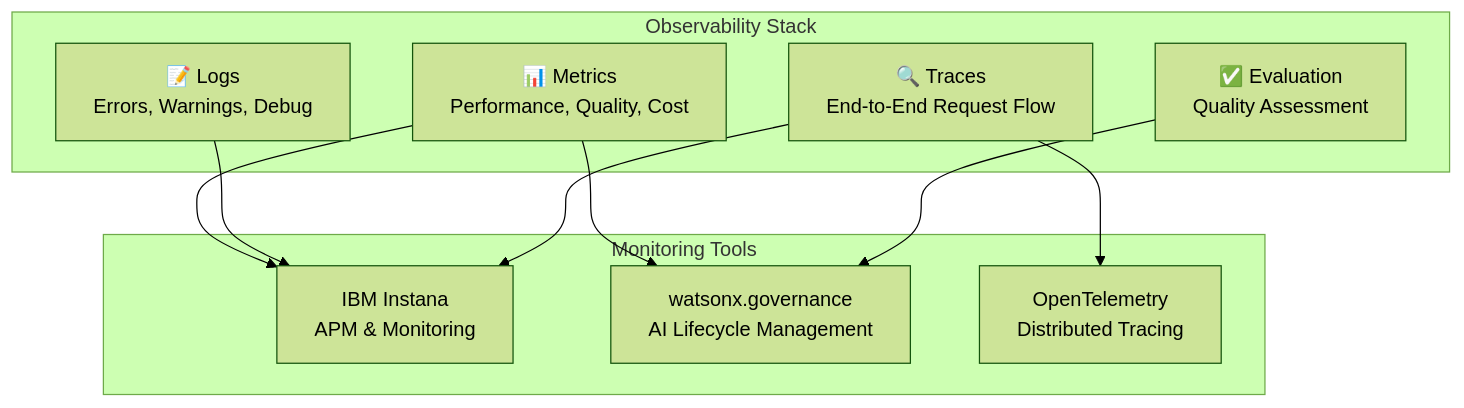
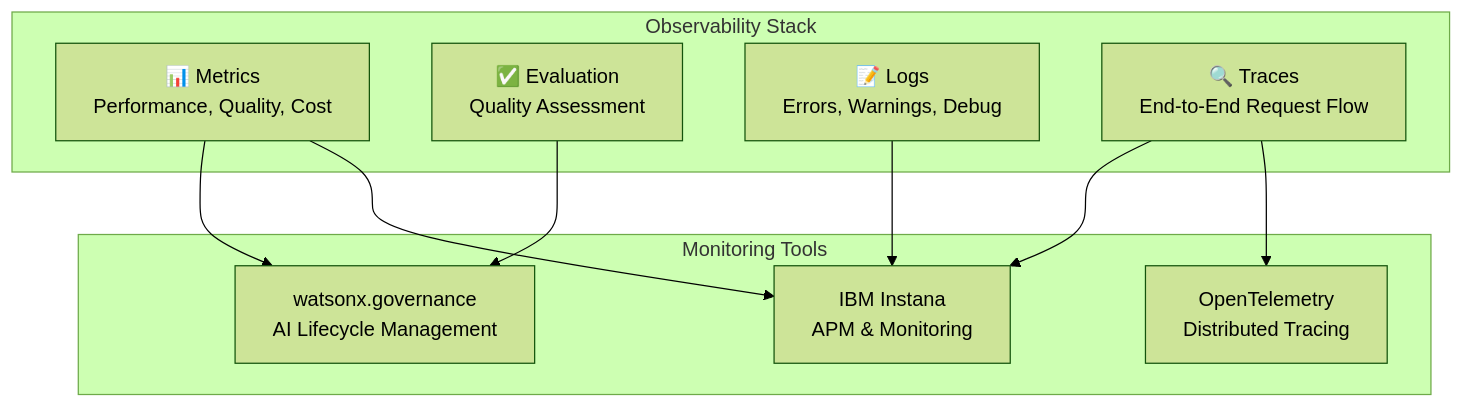
One commit to pravinbhat/pravinbhat.github.io changed the fourth of 4 diagrams in Enterprise_RAG_Architecture_Guide.md. Above: the diagram before and after it, drawn with Mermaid (forest theme). The commit also changed other lines of this file, not shown here.

Commit message:
Updated diagram

````diff
--- a/Enterprise_RAG_Architecture_Guide.md
+++ b/Enterprise_RAG_Architecture_Guide.md
@@ -1004,22 +1004,22 @@
 ```mermaid
 graph TB
     subgraph "Observability Stack"
         Metrics[📊 Metrics<br/>Performance, Quality, Cost]
+        Eval[✅ Evaluation<br/>Quality Assessment]
         Logs[📝 Logs<br/>Errors, Warnings, Debug]
         Traces[🔍 Traces<br/>End-to-End Request Flow]
-        Eval[✅ Evaluation<br/>Quality Assessment]
     end
     
     subgraph "Monitoring Tools"
         Instana[IBM Instana<br/>APM & Monitoring]
         Governance[watsonx.governance<br/>AI Lifecycle Management]
         OpenTel[OpenTelemetry<br/>Distributed Tracing]
     end
     
     Metrics --> Instana
+    Eval --> Governance
     Metrics --> Governance
     Logs --> Instana
     Traces --> OpenTel
     Traces --> Instana
-    Eval --> Governance
 ```
````
